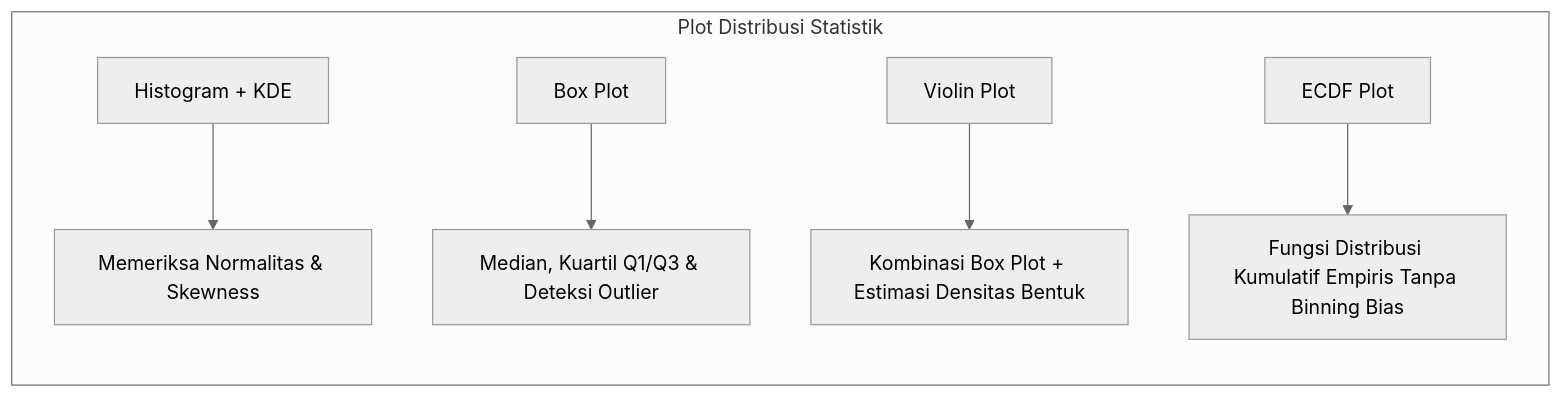
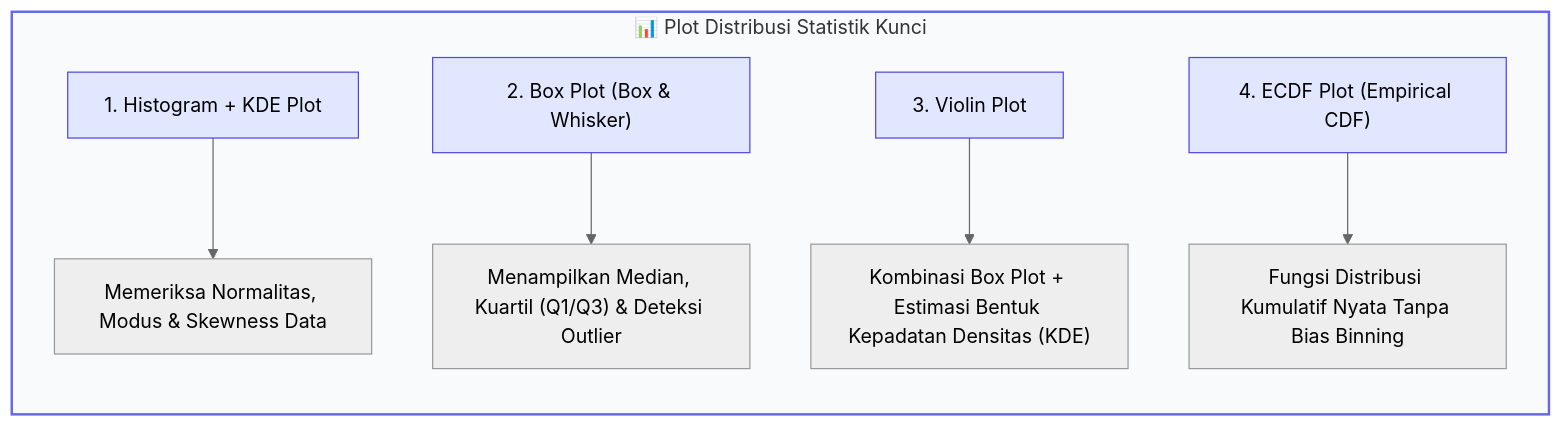
One commit to mahendaruui/Perkuliahan changed the diagram in docs/visualisasi-data/06-seaborn-statistik-distribusi.md. Above: the diagram before and after it, drawn with Mermaid (neutral theme). The commit also changed 7 other files, not shown here.

Commit message:
refactor: update visual assets and Mermaid diagrams with standardized styling and formatting across course documentation

````diff
--- a/docs/visualisasi-data/06-seaborn-statistik-distribusi.md
+++ b/docs/visualisasi-data/06-seaborn-statistik-distribusi.md
@@ -14,9 +14,16 @@
 ```mermaid
-graph LR
-    subgraph Plot Distribusi Statistik
-        A[Histogram + KDE] --> B[Memeriksa Normalitas & Skewness]
-        C[Box Plot] --> D[Median, Kuartil Q1/Q3 & Deteksi Outlier]
-        E[Violin Plot] --> F[Kombinasi Box Plot + Estimasi Densitas Bentuk]
-        G[ECDF Plot] --> H[Fungsi Distribusi Kumulatif Empiris Tanpa Binning Bias]
+flowchart TD
+    subgraph PlotDist["📊 Plot Distribusi Statistik Kunci"]
+        direction TB
+        A["1. Histogram + KDE Plot"] --> A_desc["Memeriksa Normalitas, Modus & Skewness Data"]
+        B["2. Box Plot (Box & Whisker)"] --> B_desc["Menampilkan Median, Kuartil (Q1/Q3) & Deteksi Outlier"]
+        C["3. Violin Plot"] --> C_desc["Kombinasi Box Plot + Estimasi Bentuk Kepadatan Densitas (KDE)"]
+        D["4. ECDF Plot (Empirical CDF)"] --> D_desc["Fungsi Distribusi Kumulatif Nyata Tanpa Bias Binning"]
     end
+
+    style PlotDist fill:#f8fafc,stroke:#6366f1,stroke-width:2px
+    style A fill:#e0e7ff,stroke:#4f46e5
+    style B fill:#e0e7ff,stroke:#4f46e5
+    style C fill:#e0e7ff,stroke:#4f46e5
+    style D fill:#e0e7ff,stroke:#4f46e5
 ```
````
